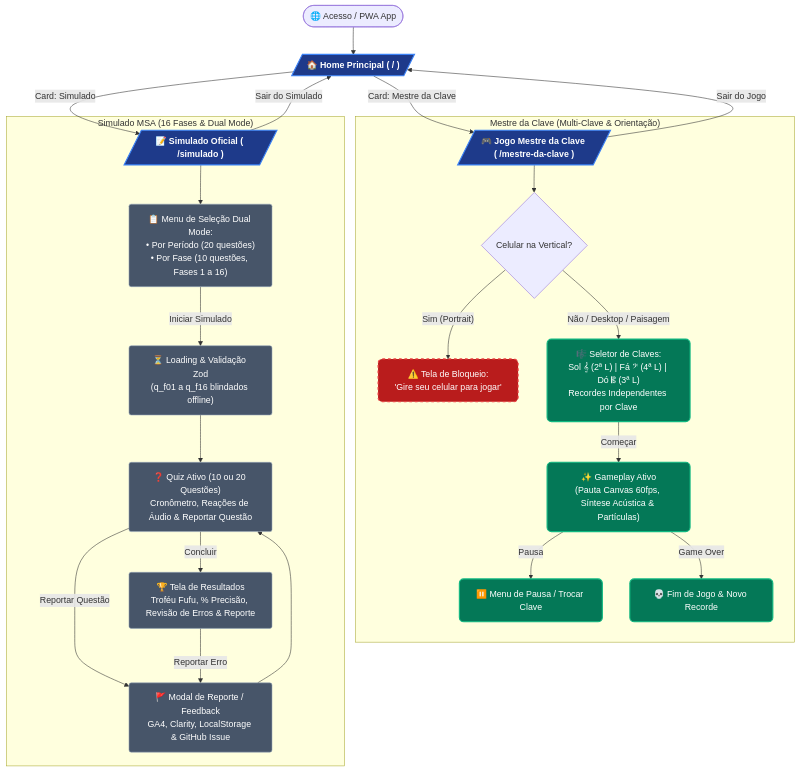
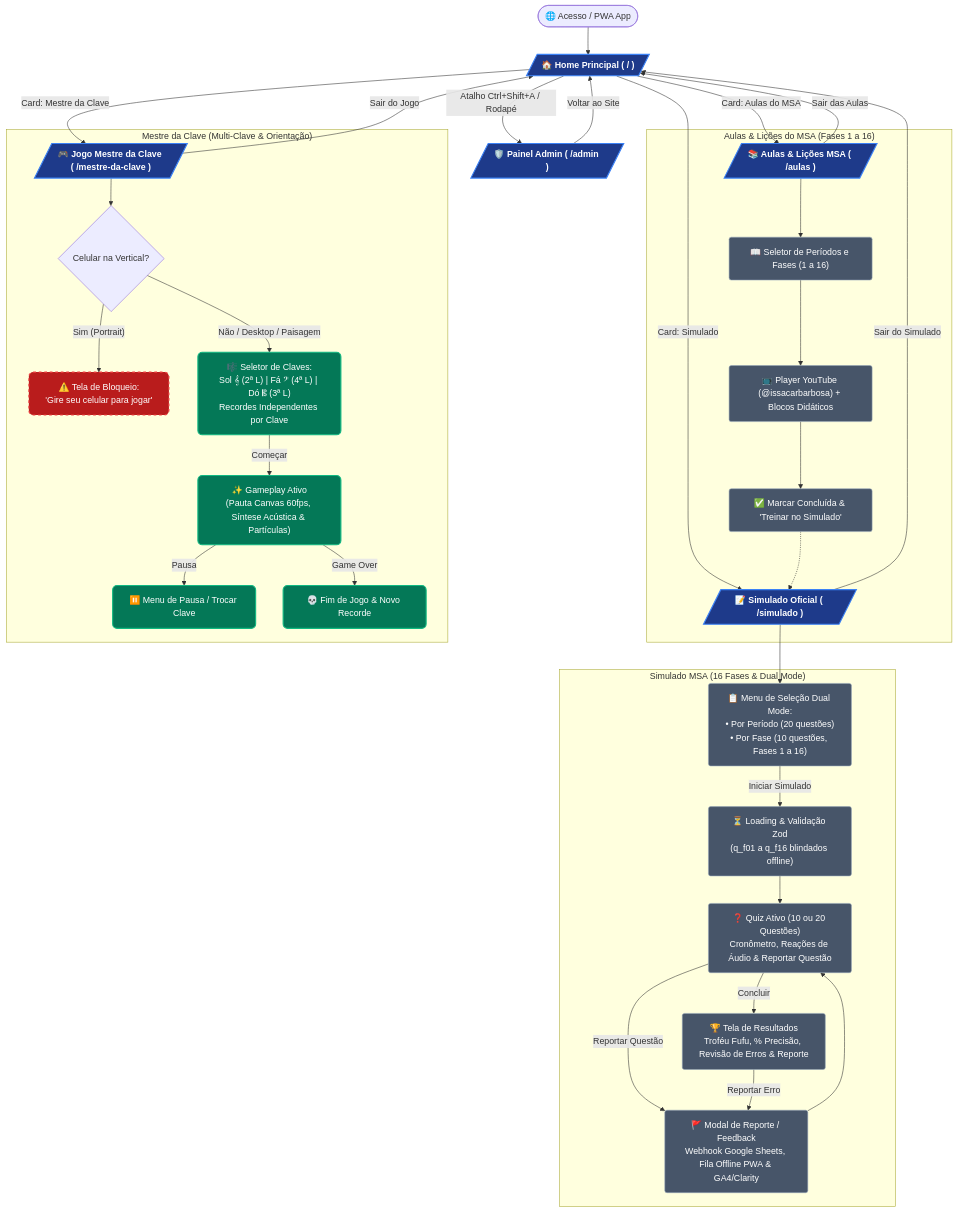
The diagram in FLUXO_USUARIO.md (issacarbarbosa/issa-academy), drawn with Mermaid before and after one commit. The commit also changed 41 other files, not shown here.

Commit message:
feat: add central admin dashboard, msa lessons module and supabase integration

````diff
--- a/FLUXO_USUARIO.md
+++ b/FLUXO_USUARIO.md
@@ -9,45 +9,58 @@
 ```mermaid
 graph TD
     %% Estilos e Cores (Tailwind Palette)
     classDef route fill:#1e3a8a,stroke:#3b82f6,stroke-width:2px,color:#ffffff,font-weight:bold,rx:8px;
     classDef modal fill:#047857,stroke:#10b981,stroke-width:2px,color:#ffffff,rx:8px;
     classDef guard fill:#b91c1c,stroke:#ef4444,stroke-width:2px,color:#ffffff,stroke-dasharray: 5 5,rx:8px;
     classDef state fill:#475569,stroke:#94a3b8,stroke-width:1px,color:#ffffff,rx:4px;
 
     %% Acesso Inicial
     A([🌐 Acesso / PWA App]) --> B[/"🏠 Home Principal ( / )"/]
     class B route;
 
     %% Navegação por Cards na Home
+    B -- "Card: Aulas do MSA" --> C[/"📚 Aulas & Lições MSA ( /aulas )"/]
     B -- "Card: Mestre da Clave" --> D[/"🎮 Jogo Mestre da Clave ( /mestre-da-clave )"/]
     B -- "Card: Simulado" --> E[/"📝 Simulado Oficial ( /simulado )"/]
-    class D,E route;
+    B -- "Atalho Ctrl+Shift+A / Rodapé" --> F[/"🛡️ Painel Admin ( /admin )"/]
+    class C,D,E,F route;
+
+    %% SUB-FLUXO: NOVO MÓDULO AULAS MSA
+    subgraph S0 ["Aulas & Lições do MSA (Fases 1 a 16)"]
+        C --> C1["📖 Seletor de Períodos e Fases (1 a 16)"]
+        C1 --> C2["📺 Player YouTube (@issacarbarbosa) + Blocos Didáticos"]
+        C2 --> C3["✅ Marcar Concluída & 'Treinar no Simulado'"]
+        C3 -.-> E
+    end
+    class C1,C2,C3 state;
 
     %% SUB-FLUXO: JOGO MESTRE DA CLAVE (Com Guarda de Orientação e Multi-Clave)
     subgraph S1 ["Mestre da Clave (Multi-Clave & Orientação)"]
         D --> G{Celular na Vertical?}
         G -- "Sim (Portrait)" --> G1["⚠️ Tela de Bloqueio:<br>'Gire seu celular para jogar'"]
         class G1 guard;
         G -- "Não / Desktop / Paisagem" --> G2["🎼 Seletor de Claves:<br>Sol 𝄞 (2ª L) | Fá 𝄢 (4ª L) | Dó 𝄡 (3ª L)<br>Recordes Independentes por Clave"]
         G2 -- "Começar" --> G3["✨ Gameplay Ativo<br>(Pauta Canvas 60fps, Síntese Acústica & Partículas)"]
         G3 -- "Pausa" --> G4["⏸️ Menu de Pausa / Trocar Clave"]
         G3 -- "Game Over" --> G5["💀 Fim de Jogo & Novo Recorde"]
         class G2,G3,G4,G5 modal;
     end
 
     %% SUB-FLUXO: SIMULADO MSA (Dual Mode & Feedback)
     subgraph S2 ["Simulado MSA (16 Fases & Dual Mode)"]
         E --> H1["📋 Menu de Seleção Dual Mode:<br>• Por Período (20 questões)<br>• Por Fase (10 questões, Fases 1 a 16)"]
         H1 -- "Iniciar Simulado" --> H2["⏳ Loading & Validação Zod<br>(q_f01 a q_f16 blindados offline)"]
         H2 --> H3["❓ Quiz Ativo (10 ou 20 Questões)<br>Cronômetro, Reações de Áudio & Reportar Questão"]
-        H3 -- "Reportar Questão" --> H_MODAL["🚩 Modal de Reporte / Feedback<br>GA4, Clarity, LocalStorage & GitHub Issue"]
+        H3 -- "Reportar Questão" --> H_MODAL["🚩 Modal de Reporte / Feedback<br>Webhook Google Sheets, Fila Offline PWA & GA4/Clarity"]
         H_MODAL --> H3
         H3 -- "Concluir" --> H4["🏆 Tela de Resultados<br>Troféu Fufu, % Precisão, Revisão de Erros & Reporte"]
         H4 -- "Reportar Erro" --> H_MODAL
     end
     class H1,H2,H3,H4,H_MODAL state;
 
     %% Botões de Retorno
+    C -- "Sair das Aulas" --> B
     D -- "Sair do Jogo" --> B
     E -- "Sair do Simulado" --> B
+    F -- "Voltar ao Site" --> B
 ```
````
